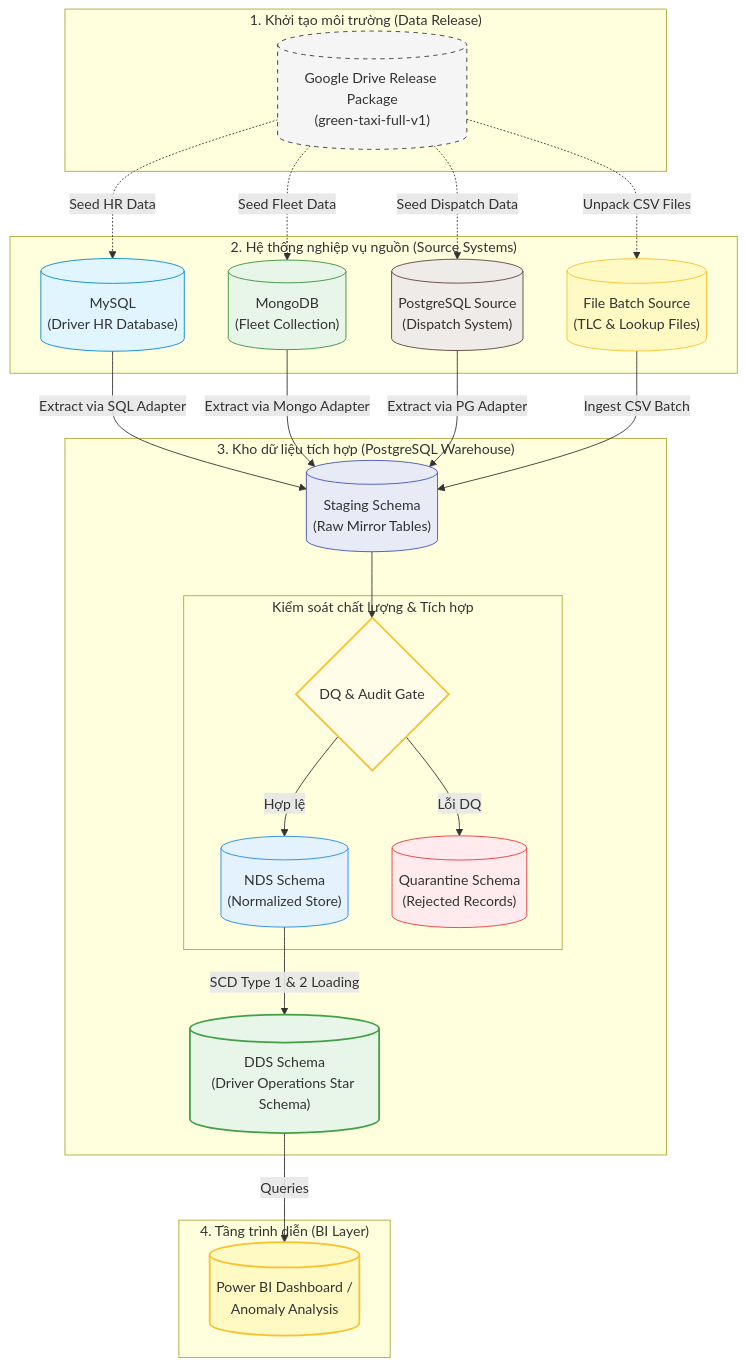
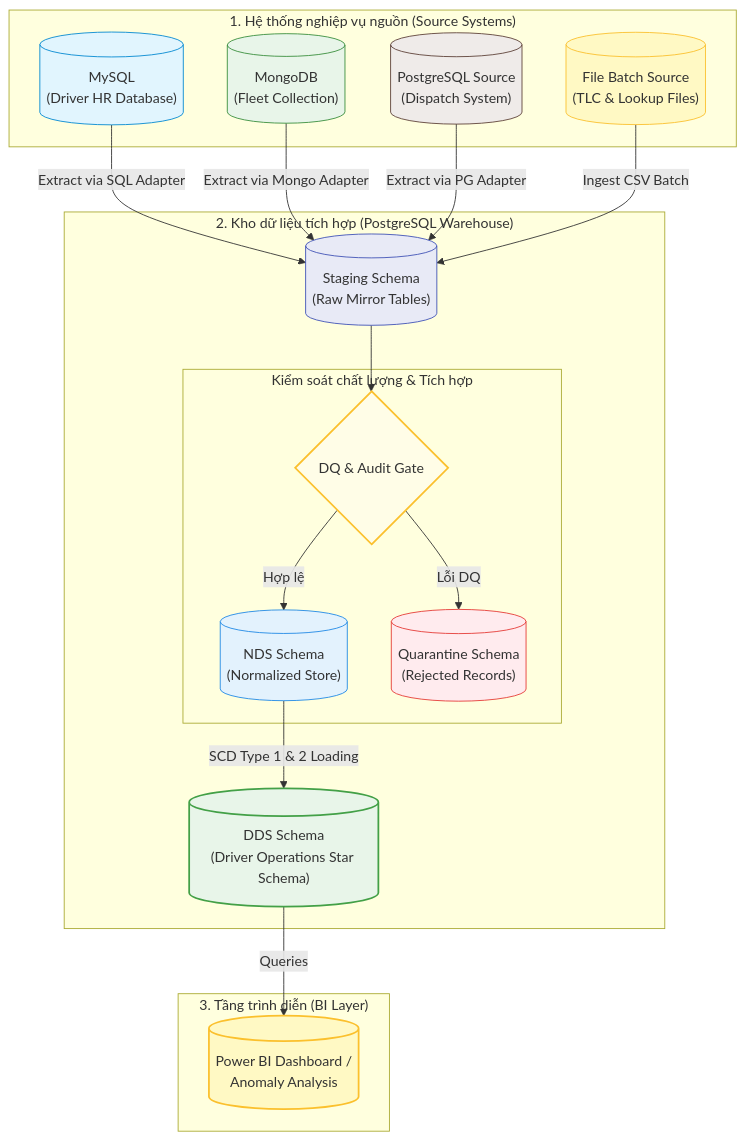
One commit to HuyVuCV1011/Green-taxi changed the first of 2 diagrams in docs/05-architecture.md. Above: the diagram before and after it, drawn with Mermaid. The commit also changed other lines of this file and 17 other files, not shown here.

````diff
--- a/docs/05-architecture.md
+++ b/docs/05-architecture.md
@@ -20,60 +23,48 @@
 ```mermaid
 flowchart TD
-    subgraph ReleasePackage["1. Khởi tạo môi trường (Data Release)"]
-        GD[("Google Drive Release Package<br>(green-taxi-full-v1)")]
-    end
-
-    subgraph SimulationSources["2. Hệ thống nghiệp vụ nguồn (Source Systems)"]
+    subgraph SimulationSources["1. Hệ thống nghiệp vụ nguồn (Source Systems)"]
         MySQL[("MySQL<br>(Driver HR Database)")]
         Mongo[("MongoDB<br>(Fleet Collection)")]
         PG_Src[("PostgreSQL Source<br>(Dispatch System)")]
         TLC_Files[("File Batch Source<br>(TLC & Lookup Files)")]
     end
 
-    subgraph WarehouseSystem["3. Kho dữ liệu tích hợp (PostgreSQL Warehouse)"]
+    subgraph WarehouseSystem["2. Kho dữ liệu tích hợp (PostgreSQL Warehouse)"]
         STG[("Staging Schema<br>(Raw Mirror Tables)")]
 
         subgraph IntegrityFlow["Kiểm soát chất lượng & Tích hợp"]
             DQ{"DQ & Audit Gate"}
             NDS[("NDS Schema<br>(Normalized Store)")]
             Q_Schema[("Quarantine Schema<br>(Rejected Records)")]
         end
 
         DDS[("DDS Schema<br>(Driver Operations Star Schema)")]
     end
 
-    subgraph AnalysisBI["4. Tầng trình diễn (BI Layer)"]
+    subgraph AnalysisBI["3. Tầng trình diễn (BI Layer)"]
         Dashboard[("Power BI Dashboard /<br>Anomaly Analysis")]
     end
 
-    %% Luồng Seed dữ liệu (Dotted)
-    GD -.->|"Seed HR Data"| MySQL
-    GD -.->|"Seed Fleet Data"| Mongo
-    GD -.->|"Seed Dispatch Data"| PG_Src
-    GD -.->|"Unpack CSV Files"| TLC_Files
-
-    %% Luồng ETL
     MySQL -->|"Extract via SQL Adapter"| STG
     Mongo -->|"Extract via Mongo Adapter"| STG
     PG_Src -->|"Extract via PG Adapter"| STG
     TLC_Files -->|"Ingest CSV Batch"| STG
 
     STG --> DQ
     DQ -->|"Hợp lệ"| NDS
     DQ -->|"Lỗi DQ"| Q_Schema
     NDS -->|"SCD Type 1 & 2 Loading"| DDS
     DDS -->|"Queries"| Dashboard
 
     %% Styling
-    style GD fill:#f5f5f5,stroke:#333,stroke-dasharray: 5 5
     style MySQL fill:#e1f5fe,stroke:#0288d1,stroke-width:1px
     style Mongo fill:#e8f5e9,stroke:#388e3c,stroke-width:1px
     style PG_Src fill:#efebe9,stroke:#5d4037,stroke-width:1px
     style TLC_Files fill:#fff9c4,stroke:#fbc02d,stroke-width:1px
     style STG fill:#e8eaf6,stroke:#3f51b5,stroke-width:1px
     style DQ fill:#fffde7,stroke:#fbc02d,stroke-width:2px
     style NDS fill:#e3f2fd,stroke:#1e88e5,stroke-width:1px
     style Q_Schema fill:#ffebee,stroke:#e53935,stroke-width:1px
     style DDS fill:#e8f5e9,stroke:#43a047,stroke-width:2px
     style Dashboard fill:#fff9c4,stroke:#fbc02d,stroke-width:2px
 ```
````
